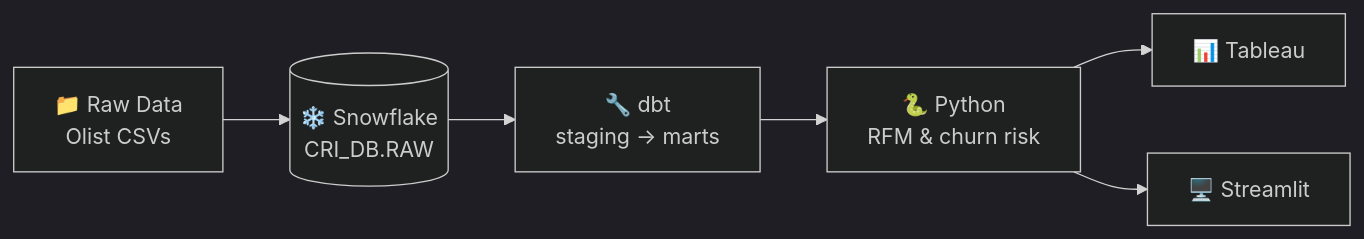
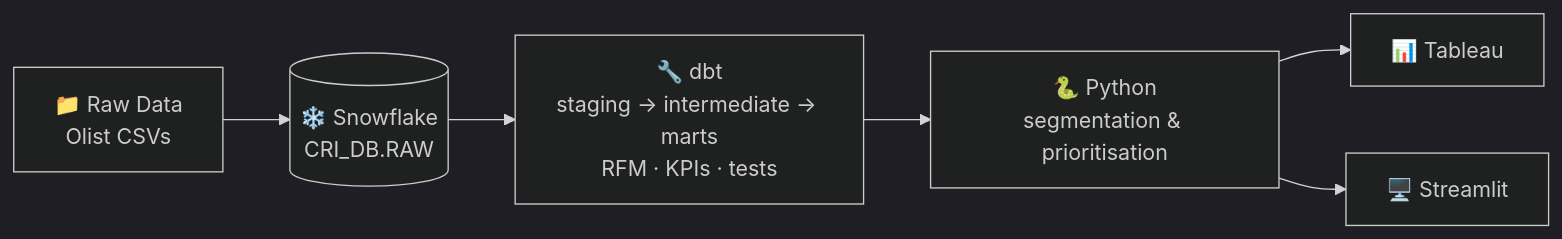
The first of 2 diagrams in README.md (methirishika16/customer-retention-intelligence-platform), drawn with Mermaid (dark theme) before and after one commit. The commit also changed other lines of this file and 40 other files, not shown here.

Commit message:
Sprint 2: dbt transformation layer with KPIs, customer model and RFM

````diff
--- a/README.md
+++ b/README.md
@@ -19,8 +19,8 @@
 ```mermaid
 flowchart LR
     A["📁 Raw Data<br/>Olist CSVs"] --> B[("❄️ Snowflake<br/>CRI_DB.RAW")]
-    B --> C["🔧 dbt<br/>staging → marts"]
-    C --> D["🐍 Python<br/>RFM & churn risk"]
+    B --> C["🔧 dbt<br/>staging → intermediate → marts<br/>RFM · KPIs · tests"]
+    C --> D["🐍 Python<br/>segmentation & prioritisation"]
     D --> E["📊 Tableau"]
     D --> F["🖥️ Streamlit"]
 ```
````
